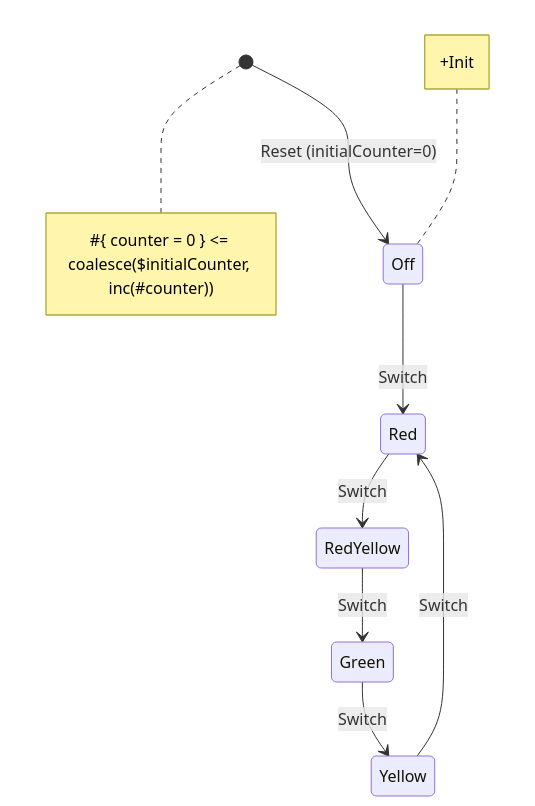
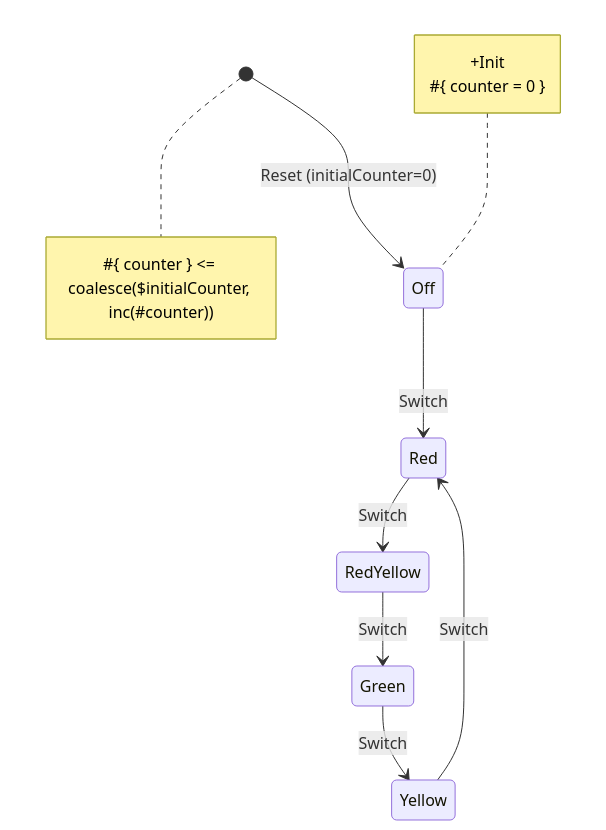
One commit to tfcp68/yantrix changed the diagram in docs/integrations/199_react.md. Above: the diagram before and after it, drawn with Mermaid. The commit also changed other lines of this file and 9 other files, not shown here.

````diff
--- a/docs/integrations/199_react.md
+++ b/docs/integrations/199_react.md
@@ -13,15 +22,18 @@
 ```mermaid
 stateDiagram-v2
-	[*] --> Off: Reset (initialCounter=0)
-	Off --> Red: Switch
-	Red --> RedYellow: Switch
-	RedYellow --> Green: Switch
-	Green --> Yellow: Switch
-	Yellow --> Red: Switch
-	note left of Off
-		+Init
-	end note
-note right of [*]
-#{ counter = 0 } <= coalesce($initialCounter, inc(#counter))
-end note
+    [*] --> Off: Reset (initialCounter=0)
+    Off --> Red: Switch
+    Red --> RedYellow: Switch
+    RedYellow --> Green: Switch
+    Green --> Yellow: Switch
+    Yellow --> Red: Switch
+
+    note left of Off
+        +Init
+        #{ counter = 0 }
+    end note
+
+    note right of [*]
+        #{ counter } <= coalesce($initialCounter, inc(#counter))
+    end note
 ```
````
